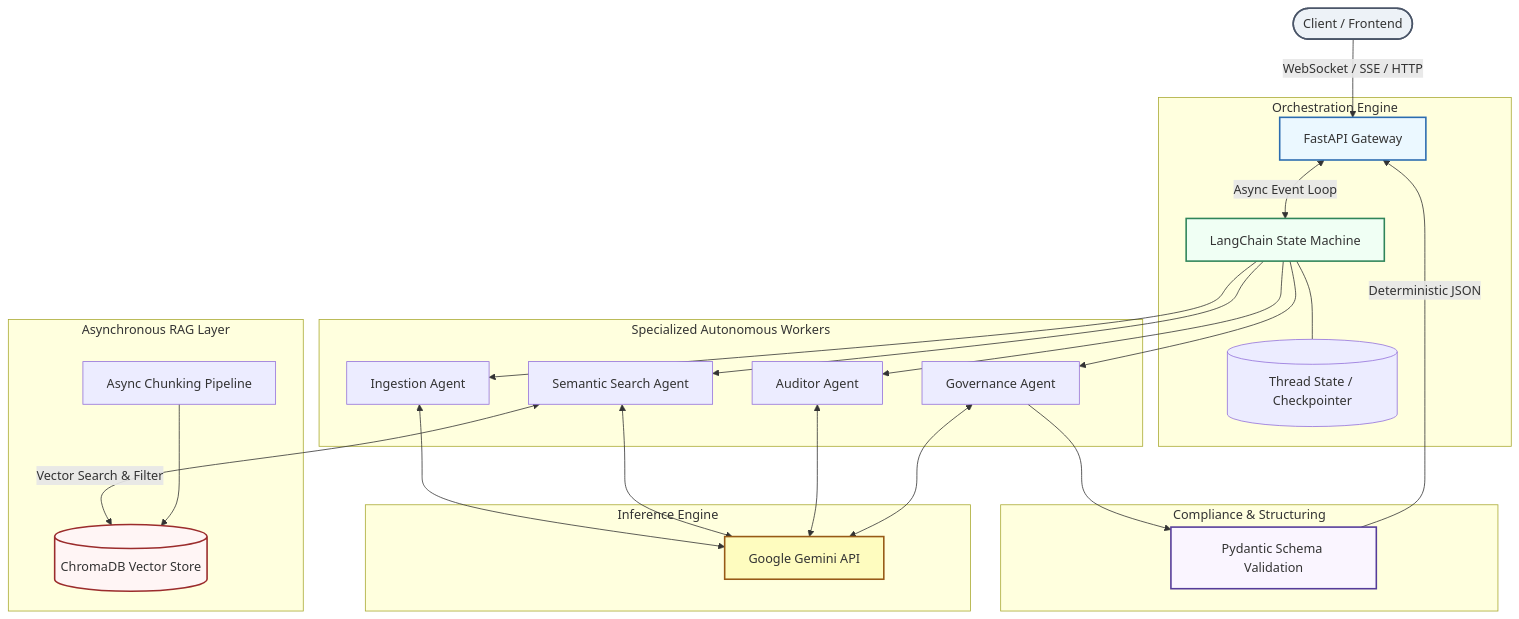
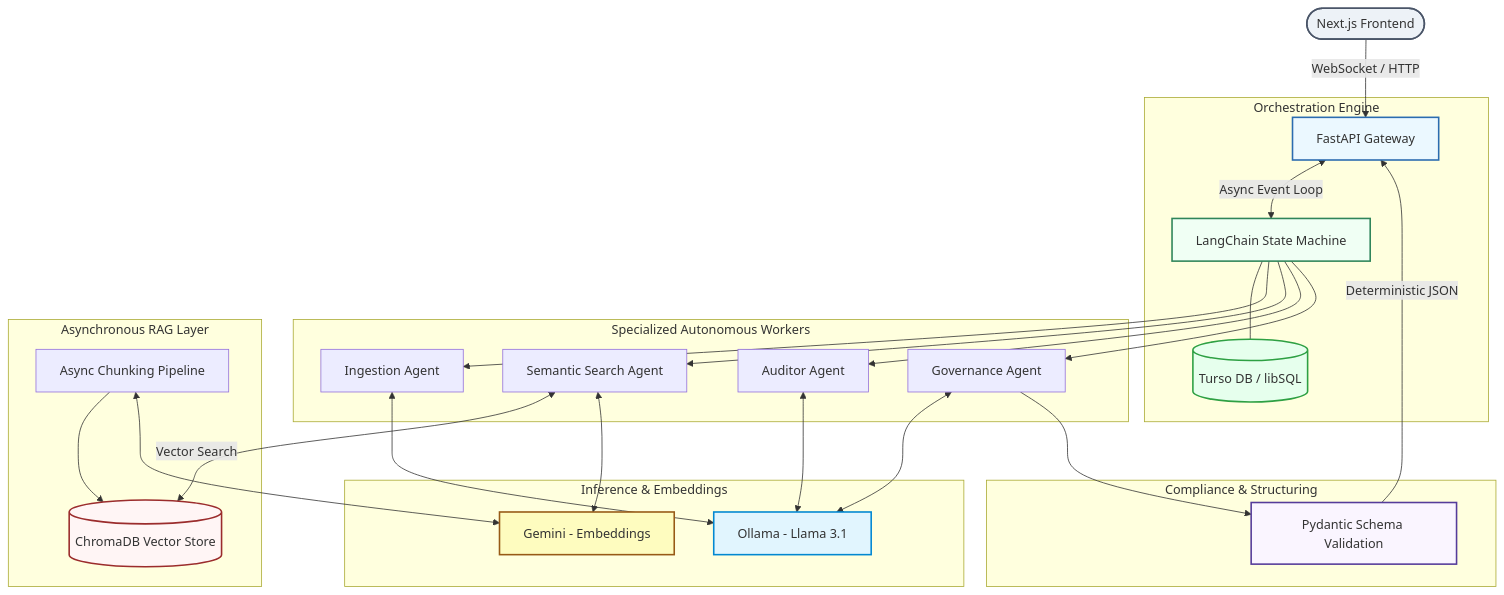
Before and after one commit to maelsilvatt/omniscribe-ai-regulatory-audit-engine: the diagram in README.md, drawn with Mermaid. The commit also changed other lines of this file, not shown here.

Commit message:
fix: Update README for clarity and accuracy in project description and architecture

````diff
--- a/README.md
+++ b/README.md
@@ -13,47 +13,50 @@
 ```mermaid
 graph TB
     %% Clients and Gateway
-    Client([Client / Frontend]) -->|WebSocket / SSE / HTTP| Gateway[FastAPI Gateway]
+    Client([Next.js Frontend]) -->|WebSocket / HTTP| Gateway[FastAPI Gateway]
 
     %% Orchestrator Core
     subgraph Core [Orchestration Engine]
         Gateway <-->|Async Event Loop| Orchestrator[LangChain State Machine]
-        Orchestrator --- State[(Thread State / Checkpointer)]
+        Orchestrator --- State[(Turso DB / libSQL)]
     end
 
     %% Multi-Agent System
     subgraph SystemAgents [Specialized Autonomous Workers]
         Orchestrator --> IngestionAgent[Ingestion Agent]
         Orchestrator --> SearchAgent[Semantic Search Agent]
         Orchestrator --> AuditorAgent[Auditor Agent]
         Orchestrator --> GovAgent[Governance Agent]
     end
 
     %% Knowledge Base & LLM Engine
     subgraph Knowledge [Asynchronous RAG Layer]
-        SearchAgent <-->|Vector Search & Filter| VectorDB[(ChromaDB Vector Store)]
+        SearchAgent <-->|Vector Search| VectorDB[(ChromaDB Vector Store)]
         DocPipeline[Async Chunking Pipeline] --> VectorDB
     end
 
-    subgraph ModelEngine [Inference Engine]
-        IngestionAgent <--> Gemini[Google Gemini API]
-        SearchAgent <--> Gemini
-        AuditorAgent <--> Gemini
-        GovAgent <--> Gemini
+    subgraph ModelEngines [Inference & Embeddings]
+        IngestionAgent <--> Ollama[Ollama - Llama 3.1]
+        AuditorAgent <--> Ollama
+        GovAgent <--> Ollama
+        SearchAgent <--> Gemini[Gemini - Embeddings]
+        DocPipeline <--> Gemini
     end
 
     %% Validation Layer
     subgraph Validation [Compliance & Structuring]
         GovAgent --> Schema[Pydantic Schema Validation]
         Schema -->|Deterministic JSON| Gateway
     end
 
     %% Styling
     style Client fill:#edf2f7,stroke:#4a5568,stroke-width:2px
     style Gateway fill:#ebf8ff,stroke:#2b6cb0,stroke-width:2px
     style Orchestrator fill:#f0fff4,stroke:#2f855a,stroke-width:2px
+    style State fill:#e6ffed,stroke:#2ea043,stroke-width:2px
     style VectorDB fill:#fff5f5,stroke:#9b2c2c,stroke-width:2px
+    style Ollama fill:#e1f5fe,stroke:#0288d1,stroke-width:2px
     style Gemini fill:#fefcbf,stroke:#975a16,stroke-width:2px
     style Schema fill:#faf5ff,stroke:#553c9a,stroke-width:2px
 
 ```
````
